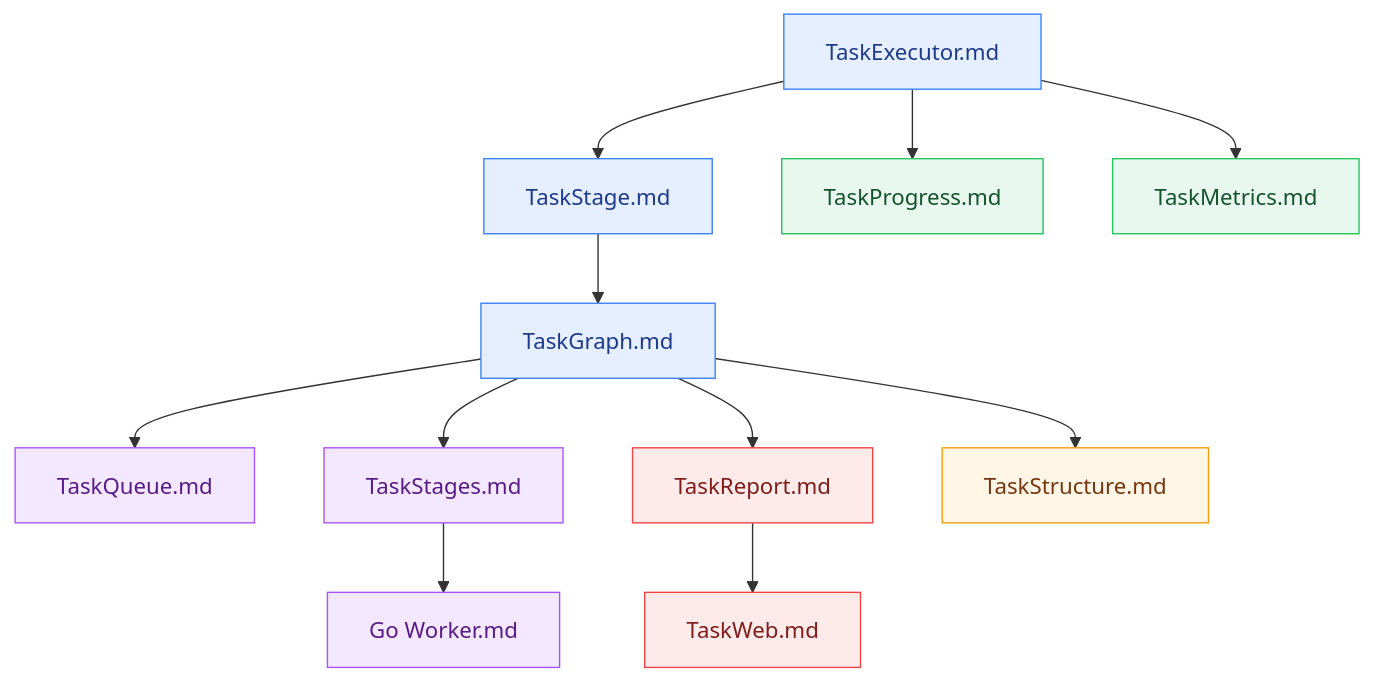
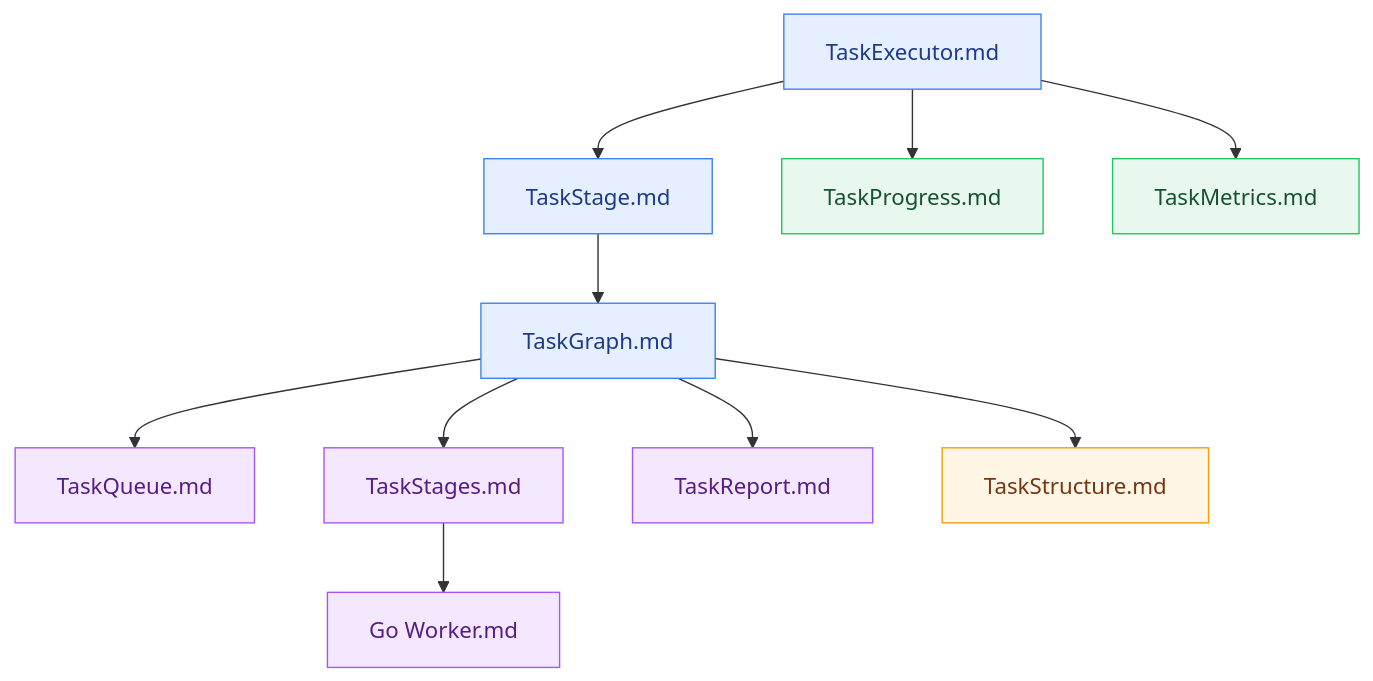
One commit to Mr-xiaotian/CelestialFlow changed the second of 2 diagrams in README.md. Above: the diagram before and after it, drawn with Mermaid. The commit also changed other lines of this file and 14 other files, not shown here.

````diff
--- a/README.md
+++ b/README.md
@@ -173,26 +156,23 @@
 ```mermaid
 flowchart TD
     classDef core fill:#e6efff,stroke:#3b82f6,color:#1e3a8a;
     classDef runtime fill:#e9f8ef,stroke:#22c55e,color:#14532d;
     classDef structure fill:#fff6e6,stroke:#f59e0b,color:#78350f;
     classDef execution fill:#f3e8ff,stroke:#a855f7,color:#581c87;
-    classDef web fill:#ffeaea,stroke:#ef4444,color:#7f1d1d;
-
     TM[TaskExecutor.md] --> TS[TaskStage.md] --> TG[TaskGraph.md]
     TM --> TP[TaskProgress.md]
     TM --> TME[TaskMetrics.md]
 
     TG --> TQ[TaskQueue.md]
     TG --> TN[TaskStages.md]
     TG --> TR[TaskReport.md]
     TG --> TSR[TaskStructure.md]
 
-    TR --> TW[TaskWeb.md]
     TN --> GW[Go Worker.md]
 
     class TM,TS,TG core;
     class TP,TME runtime;
     class TSR structure;
     class TQ,TN,GW execution;
-    class TR,TW web;
+    class TR execution;
 ```
````
